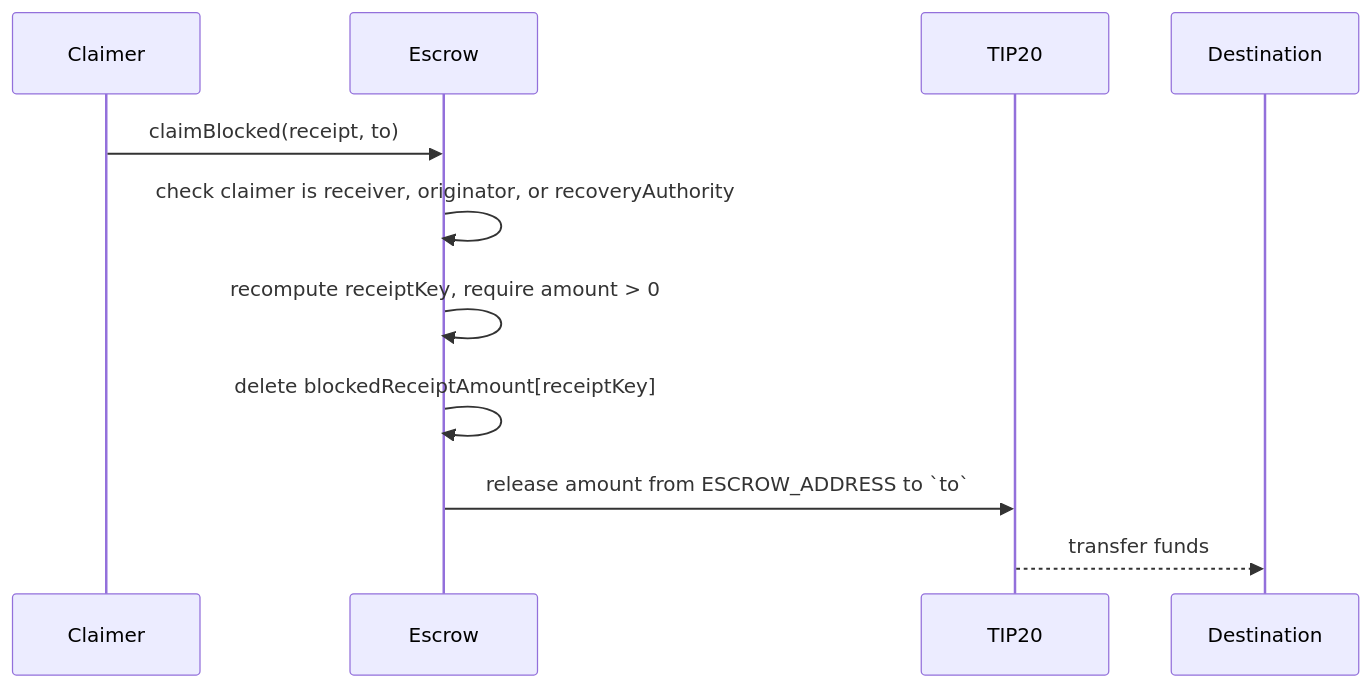
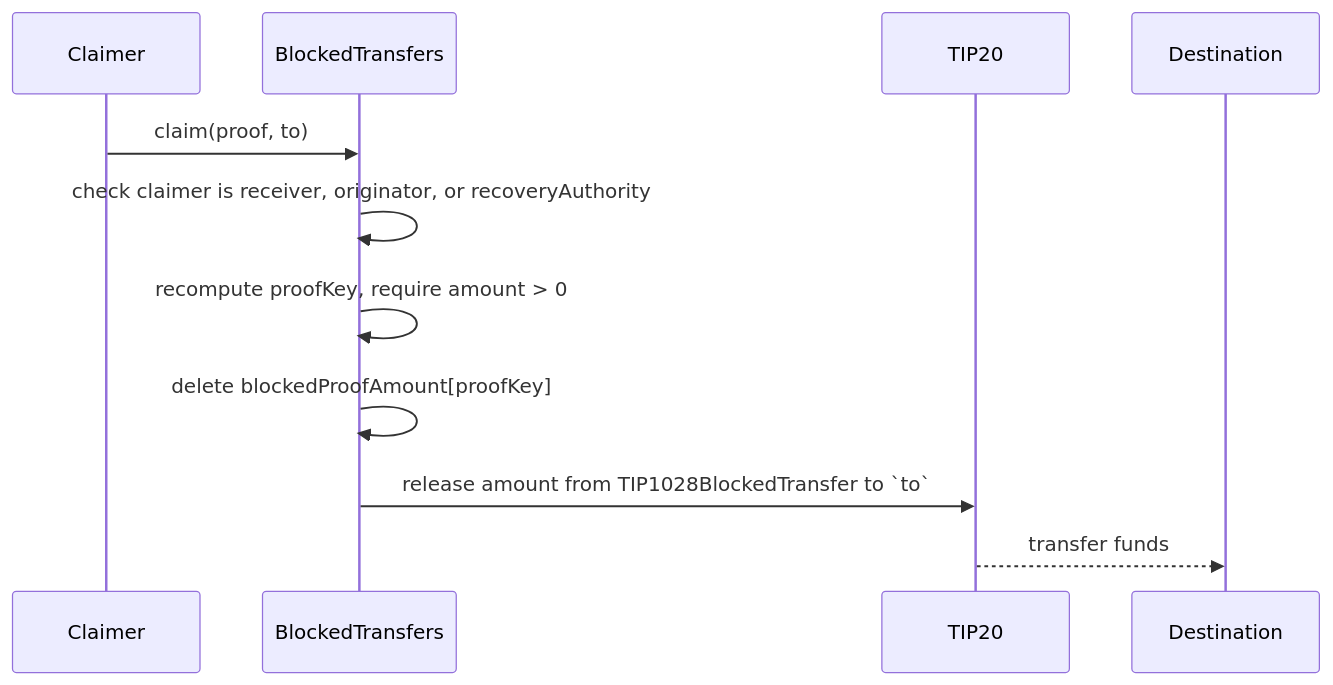
One commit to tempoxyz/tempo changed the second of 2 diagrams in tips/tip-1028.md. Above: the diagram before and after it, drawn with Mermaid. The commit also changed other lines of this file, not shown here.

Commit message:
docs(tip-1028): rename for clarity

````diff
--- a/tips/tip-1028.md
+++ b/tips/tip-1028.md
@@ -321,14 +323,14 @@
 ```mermaid
 sequenceDiagram
     participant Claimer
-    participant Escrow
+    participant BlockedTransfers
     participant TIP20
     participant Destination
 
-    Claimer->>Escrow: claimBlocked(receipt, to)
-    Escrow->>Escrow: check claimer is receiver, originator, or recoveryAuthority
-    Escrow->>Escrow: recompute receiptKey, require amount > 0
-    Escrow->>Escrow: delete blockedReceiptAmount[receiptKey]
-    Escrow->>TIP20: release amount from ESCROW_ADDRESS to `to`
+    Claimer->>BlockedTransfers: claim(proof, to)
+    BlockedTransfers->>BlockedTransfers: check claimer is receiver, originator, or recoveryAuthority
+    BlockedTransfers->>BlockedTransfers: recompute proofKey, require amount > 0
+    BlockedTransfers->>BlockedTransfers: delete blockedProofAmount[proofKey]
+    BlockedTransfers->>TIP20: release amount from TIP1028BlockedTransfer to `to`
     TIP20-->>Destination: transfer funds
 ```
````
